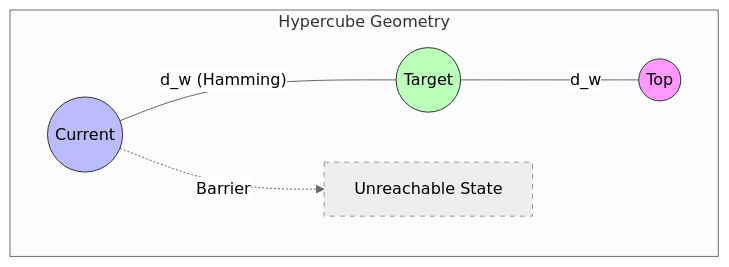
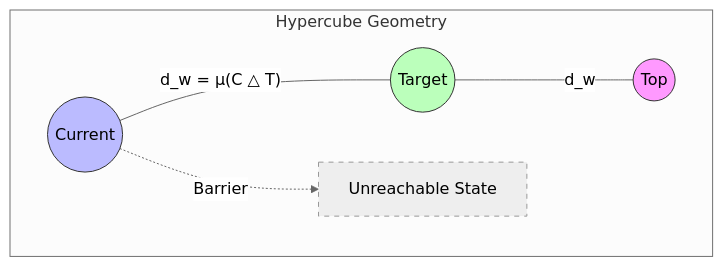
Before and after one commit to innovativecodejp/cobol-structure-analysis-lab: the first of 2 diagrams in docs/50_guarantee/06_Metric-on-Guarantee-Space.md, drawn with Mermaid (neutral theme). The commit also changed other lines of this file and 3 other files, not shown here.

First line of the commit message:
Revise Guarantee Space Geometry Theory: Define Hypercube Graph, Dependency Relation, Migration Step with Closure, and Measure-Metric Relation

````diff
--- a/docs/50_guarantee/06_Metric-on-Guarantee-Space.md
+++ b/docs/50_guarantee/06_Metric-on-Guarantee-Space.md
@@ -76,21 +95,21 @@
 ```mermaid
 graph TD
     subgraph Hypercube Geometry
         Top((Top))
         Current((Current))
         Target((Target))
         
         %% Weighted Distance
-        Current -- "d_w (Hamming)" --- Target
+        Current -- "d_w = μ(C △ T)" --- Target
         Target -- "d_w" --- Top
         
         %% Unreachable Region
         Unreach[Unreachable State]:::invalid
         Current -.->|Barrier| Unreach
     end
     
     style Top fill:#f9f,stroke:#333
     style Target fill:#bfb,stroke:#333
     style Current fill:#bbf,stroke:#333
     classDef invalid fill:#eee,stroke:#999,stroke-dasharray: 5 5;
 ```
````
